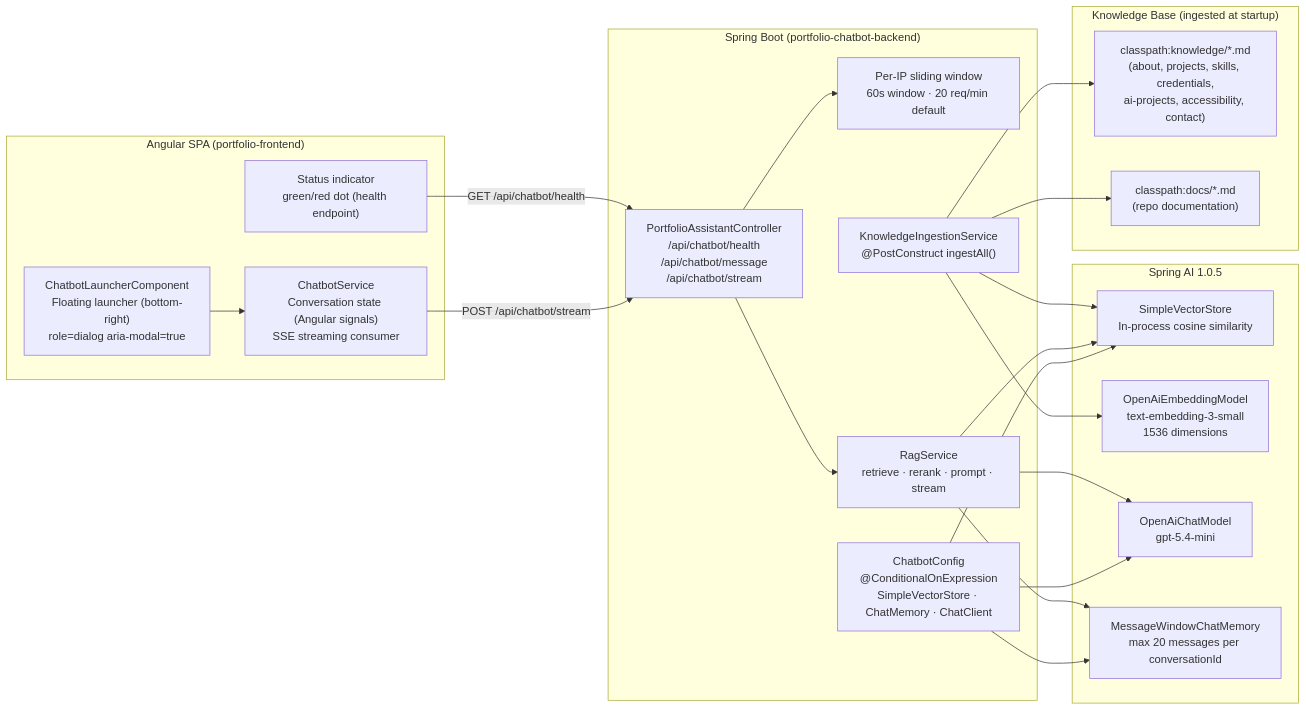
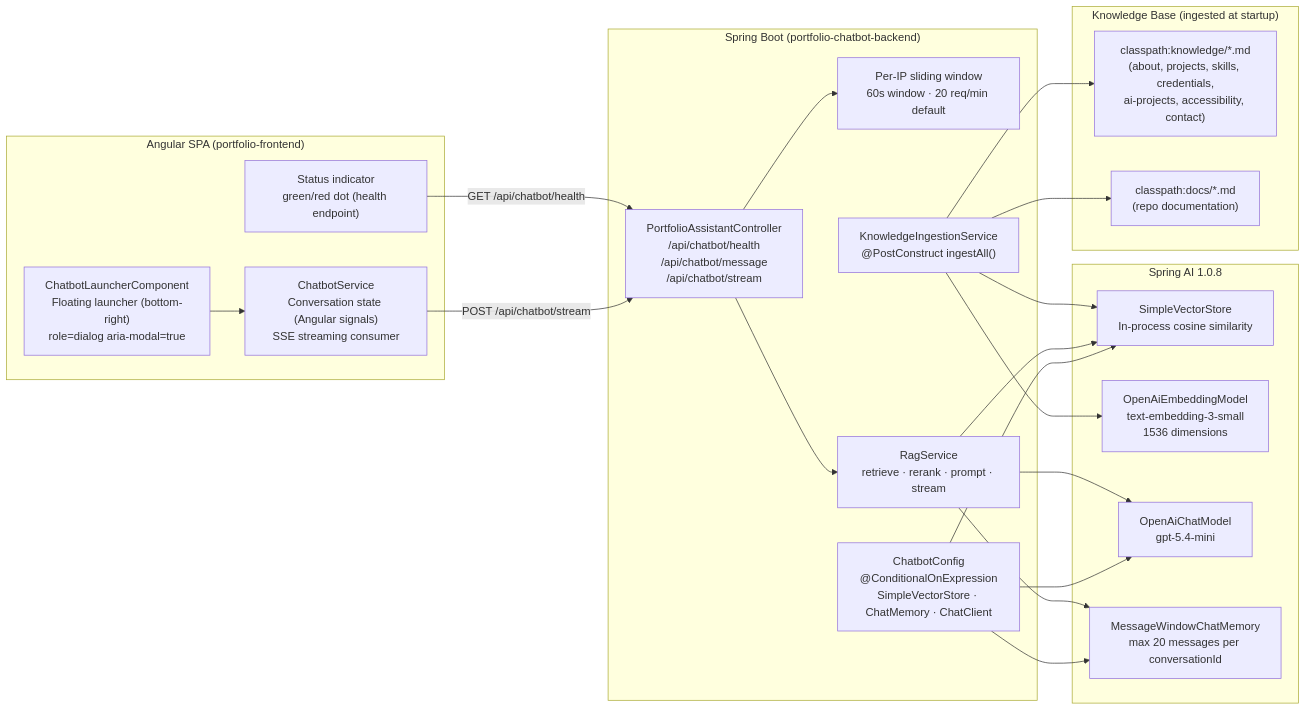
Before and after one commit to clark22134/MyPortfolioWebsite: the fifth of 16 diagrams in docs/ARCHITECTURE.md, drawn with Mermaid. The commit also changed other lines of this file and 147 other files, not shown here.

````diff
--- a/docs/ARCHITECTURE.md
+++ b/docs/ARCHITECTURE.md
@@ -234,44 +230,44 @@
 ```mermaid
 graph LR
     subgraph Frontend["Angular SPA (portfolio-frontend)"]
         ChatbotLauncher["ChatbotLauncherComponent<br/>Floating launcher (bottom-right)<br/>role=dialog aria-modal=true"]
         ChatbotSvc["ChatbotService<br/>Conversation state (Angular signals)<br/>SSE streaming consumer"]
         HealthIndicator["Status indicator<br/>green/red dot (health endpoint)"]
     end
 
     subgraph Backend["Spring Boot (portfolio-chatbot-backend)"]
         Controller["PortfolioAssistantController<br/>/api/chatbot/health<br/>/api/chatbot/message<br/>/api/chatbot/stream"]
         RateLimiter["Per-IP sliding window<br/>60s window · 20 req/min default"]
         RagSvc["RagService<br/>retrieve · rerank · prompt · stream"]
         Ingestion["KnowledgeIngestionService<br/>@PostConstruct ingestAll()"]
         Config["ChatbotConfig<br/>@ConditionalOnExpression<br/>SimpleVectorStore · ChatMemory · ChatClient"]
     end
 
     subgraph KnowledgeBase["Knowledge Base (ingested at startup)"]
         KBMarkdown["classpath:knowledge/*.md<br/>(about, projects, skills, credentials,<br/>ai-projects, accessibility, contact)"]
         KBDocs["classpath:docs/*.md<br/>(repo documentation)"]
     end
 
-    subgraph AI["Spring AI 1.0.5"]
+    subgraph AI["Spring AI 1.0.8"]
         VectorStore["SimpleVectorStore<br/>In-process cosine similarity"]
         EmbedModel["OpenAiEmbeddingModel<br/>text-embedding-3-small<br/>1536 dimensions"]
         ChatModel["OpenAiChatModel<br/>gpt-5.4-mini"]
         Memory["MessageWindowChatMemory<br/>max 20 messages per conversationId"]
     end
 
     ChatbotLauncher --> ChatbotSvc
     ChatbotSvc -->|POST /api/chatbot/stream| Controller
     HealthIndicator -->|GET /api/chatbot/health| Controller
 
     Controller --> RateLimiter
     Controller --> RagSvc
     Config --> VectorStore & Memory & ChatModel
 
     RagSvc --> VectorStore
     RagSvc --> Memory
     RagSvc --> ChatModel
 
     Ingestion --> KBMarkdown & KBDocs
     Ingestion --> EmbedModel
     Ingestion --> VectorStore
 ```
````
